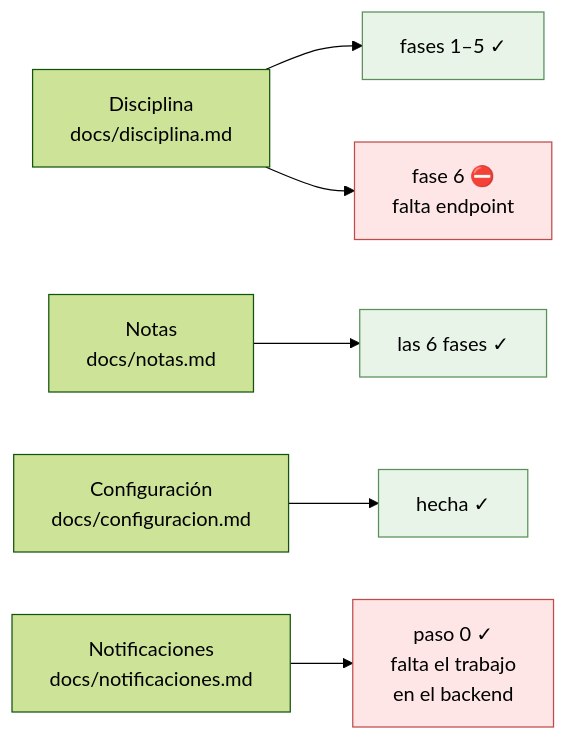
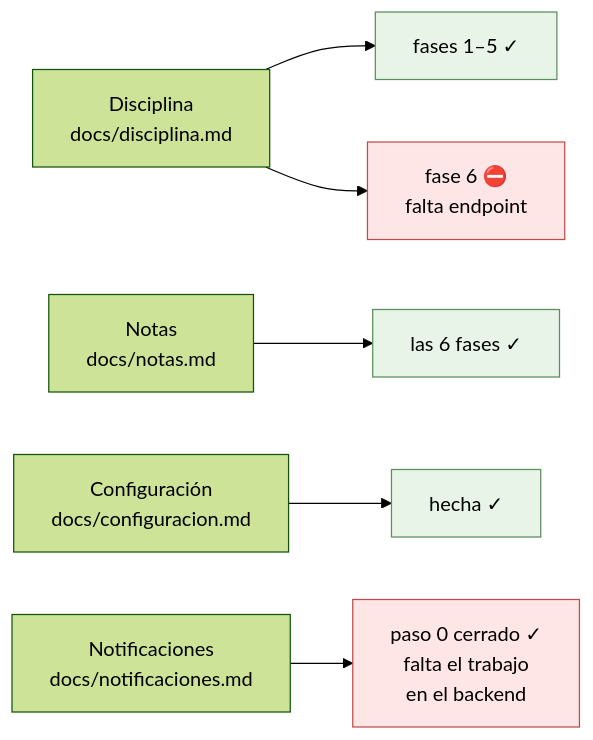
Before and after one commit to bluesky777/myvc_flutter: the diagram in docs/estado.md, drawn with Mermaid (forest theme). The commit also changed other lines of this file and 2 other files, not shown here.

First line of the commit message:
docs(notificaciones): el cron dispara — paso 0 cerrado

````diff
--- a/docs/estado.md
+++ b/docs/estado.md
@@ -13,14 +13,14 @@
 ```mermaid
 flowchart LR
     D["Disciplina<br/>docs/disciplina.md"] --> D5["fases 1–5 ✓"]
     D --> D6["fase 6 ⛔<br/>falta endpoint"]
     N["Notas<br/>docs/notas.md"] --> N4["las 6 fases ✓"]
     C["Configuración<br/>docs/configuracion.md"] --> C0["hecha ✓"]
-    P["Notificaciones<br/>docs/notificaciones.md"] --> P0["paso 0 ✓<br/>falta el trabajo<br/>en el backend"]
+    P["Notificaciones<br/>docs/notificaciones.md"] --> P0["paso 0 cerrado ✓<br/>falta el trabajo<br/>en el backend"]
 
     style D5 fill:#e8f4e8,stroke:#5a8f5a
     style N4 fill:#e8f4e8,stroke:#5a8f5a
     style D6 fill:#ffe6e6,stroke:#c04b4b
     style P0 fill:#ffe6e6,stroke:#c04b4b
     style C0 fill:#e8f4e8,stroke:#5a8f5a
 ```
````
